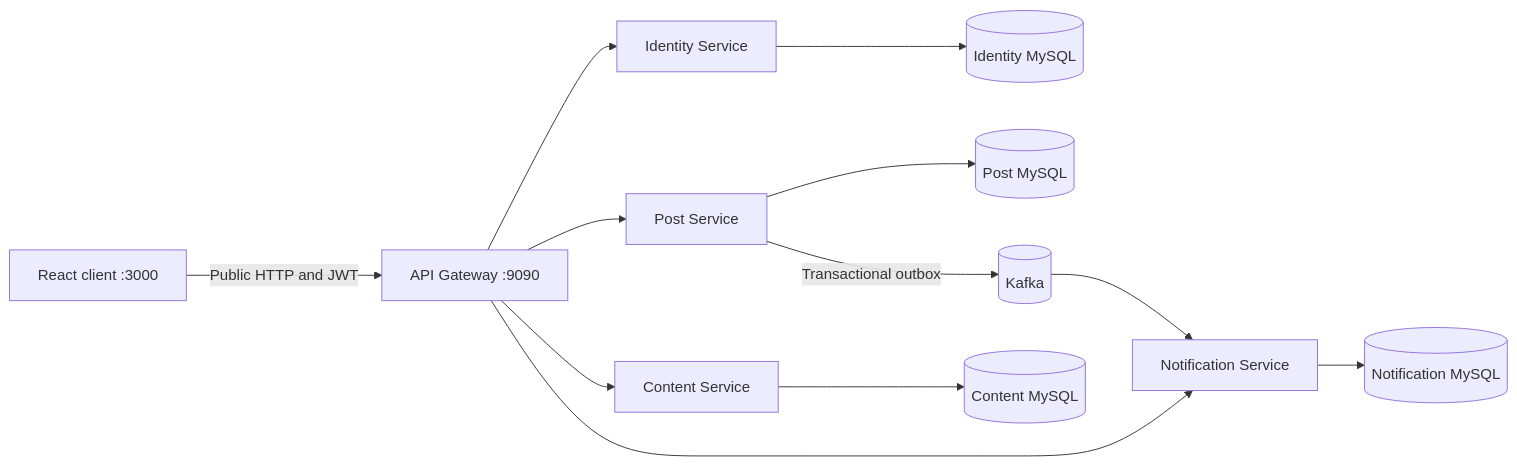
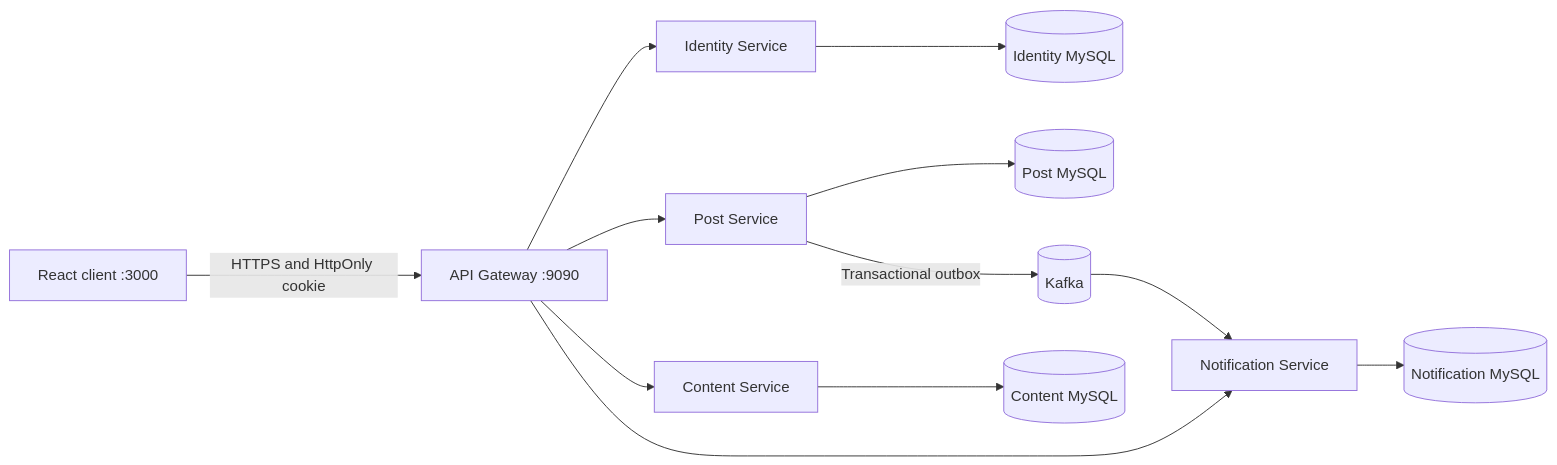
The diagram in README.md (studywithdanish/microservices-frontend), drawn with Mermaid before and after one commit. The commit also changed other lines of this file and 77 other files, not shown here.

````diff
--- a/README.md
+++ b/README.md
@@ -11,14 +11,14 @@
 ```mermaid
 flowchart LR
-    UI[React client :3000] -->|Public HTTP and JWT| Gateway[API Gateway :9090]
+    UI[React client :3000] -->|HTTPS and HttpOnly cookie| Gateway[API Gateway :9090]
     Gateway --> Identity[Identity Service]
     Gateway --> Post[Post Service]
     Gateway --> Content[Content Service]
     Gateway --> Notification[Notification Service]
     Identity --> IdentityDb[(Identity MySQL)]
     Post --> PostDb[(Post MySQL)]
     Content --> ContentDb[(Content MySQL)]
     Post -->|Transactional outbox| Kafka[(Kafka)]
     Kafka --> Notification
     Notification --> NotificationDb[(Notification MySQL)]
 ```
````
